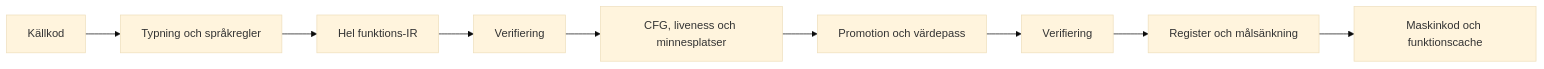
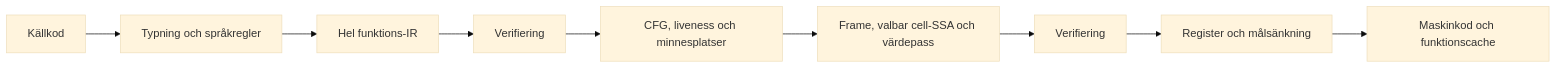
Before and after one commit to Mik-pe/dunder: the diagram in docs/whole-function-ir-plan.md, drawn with Mermaid (base theme). The commit also changed other lines of this file and 3 other files, not shown here.

Commit message:
Document optional cell SSA and explicit source ABI contracts

````diff
--- a/docs/whole-function-ir-plan.md
+++ b/docs/whole-function-ir-plan.md
@@ -12,11 +14,11 @@
 ```mermaid
 flowchart LR
     source[Källkod] --> frontend[Typning och språkregler]
     frontend --> mir[Hel funktions-IR]
     mir --> verify[Verifiering]
     verify --> dataflow[CFG, liveness och minnesplatser]
-    dataflow --> optimize[Promotion och värdepass]
+    dataflow --> optimize[Frame, valbar cell-SSA och värdepass]
     optimize --> verify2[Verifiering]
     verify2 --> lower[Register och målsänkning]
     lower --> image[Maskinkod och funktionscache]
 ```
````
